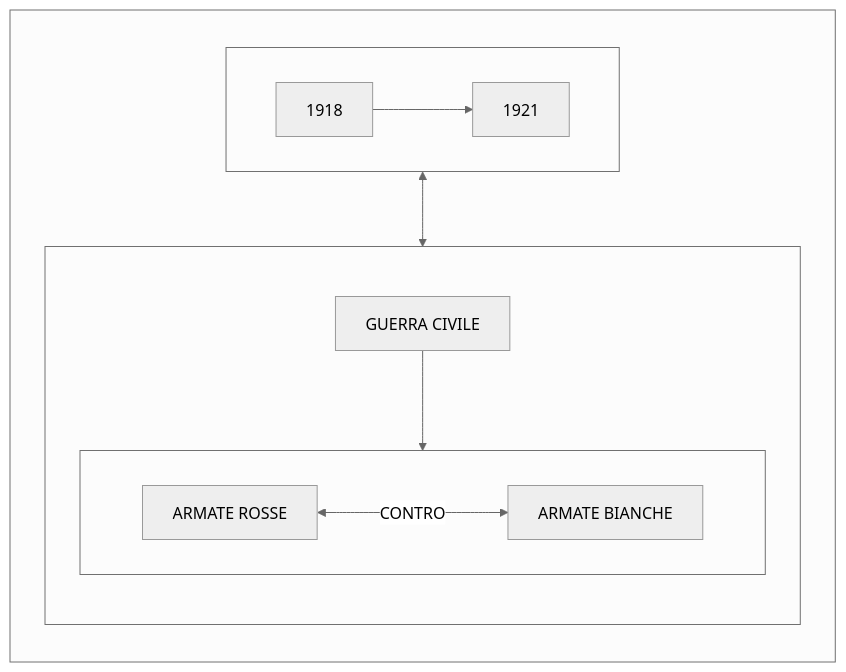
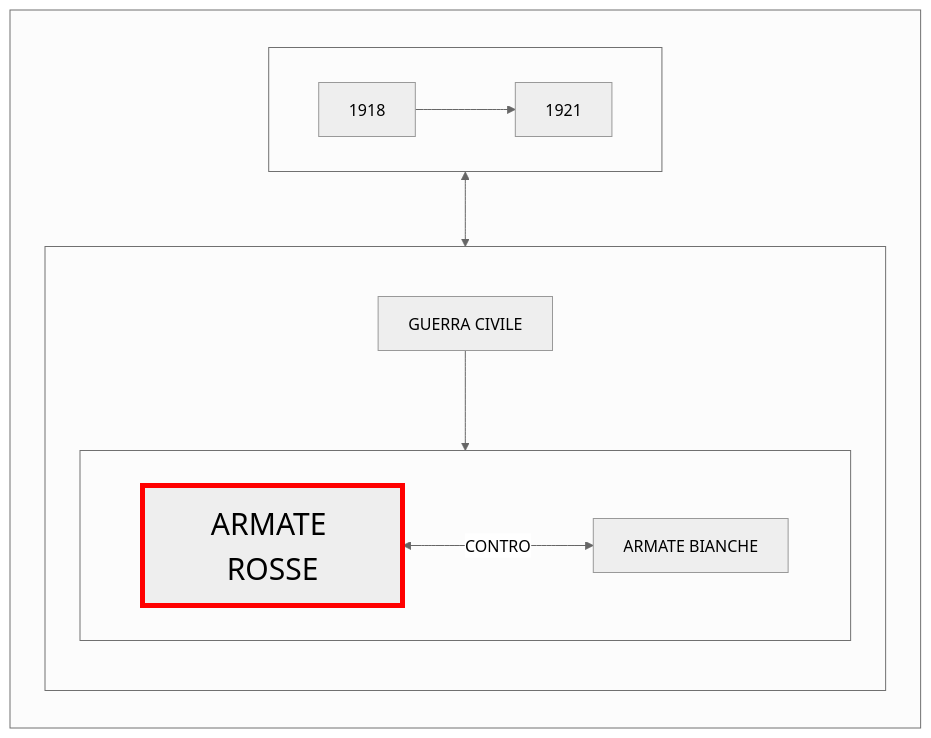
Before and after one commit to Laaouatni/ricerca-storia-MermaidJS: the diagram in prova.md, drawn with Mermaid (neutral theme).

````diff
--- a/prova.md
+++ b/prova.md
@@ -1,25 +1,26 @@
 ```mermaid
 flowchart TB;
   subgraph 0[" "]
     direction TB;
     subgraph 01[" "]
       direction LR;
       010[1918]
       011[1921]
       010 --> 011
     end
     01 <--> 02
 
     subgraph 02[" "]
       direction TB;
       020[GUERRA CIVILE]
       subgraph 021[" "]
         direction LR;
         0210[ARMATE ROSSE]
+        style 0210 stroke:#ff0000,stroke-width:5px, font-size:30px;
         0211[ARMATE BIANCHE]
         0210 <-->|CONTRO| 0211
       end
       020 --> 021
     end
   end
 ```
````
